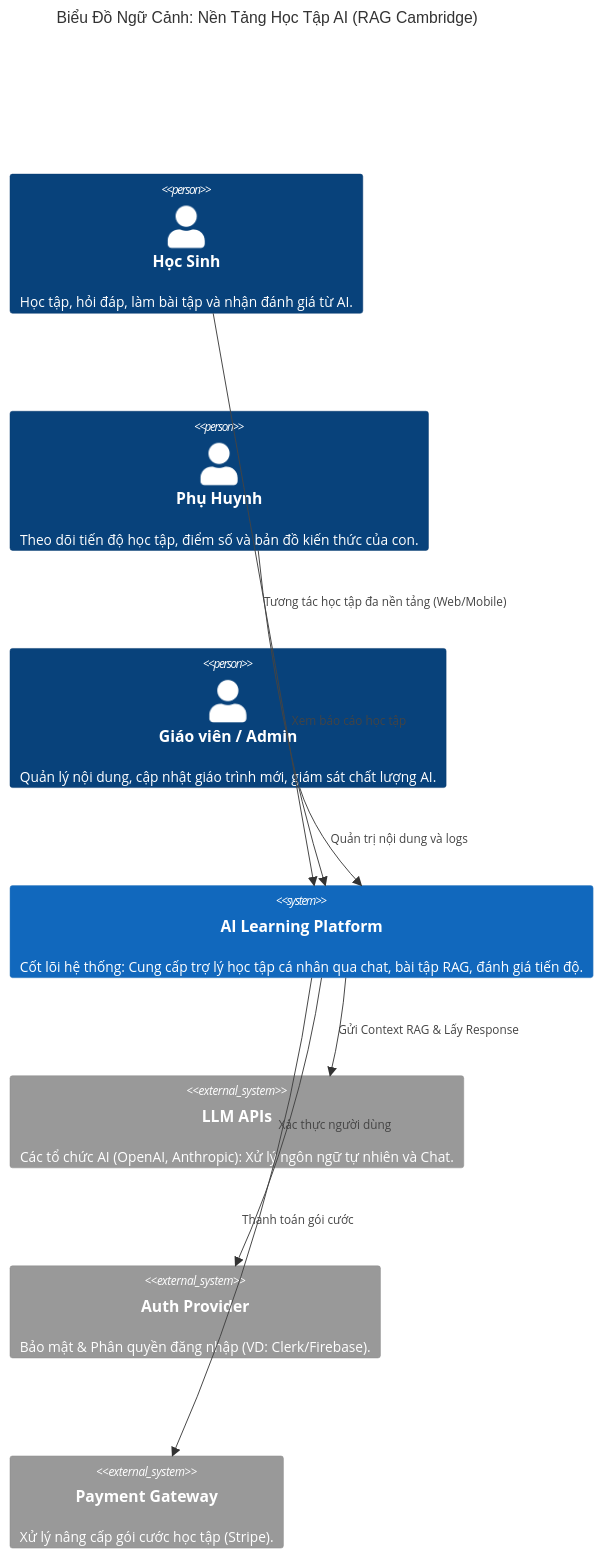
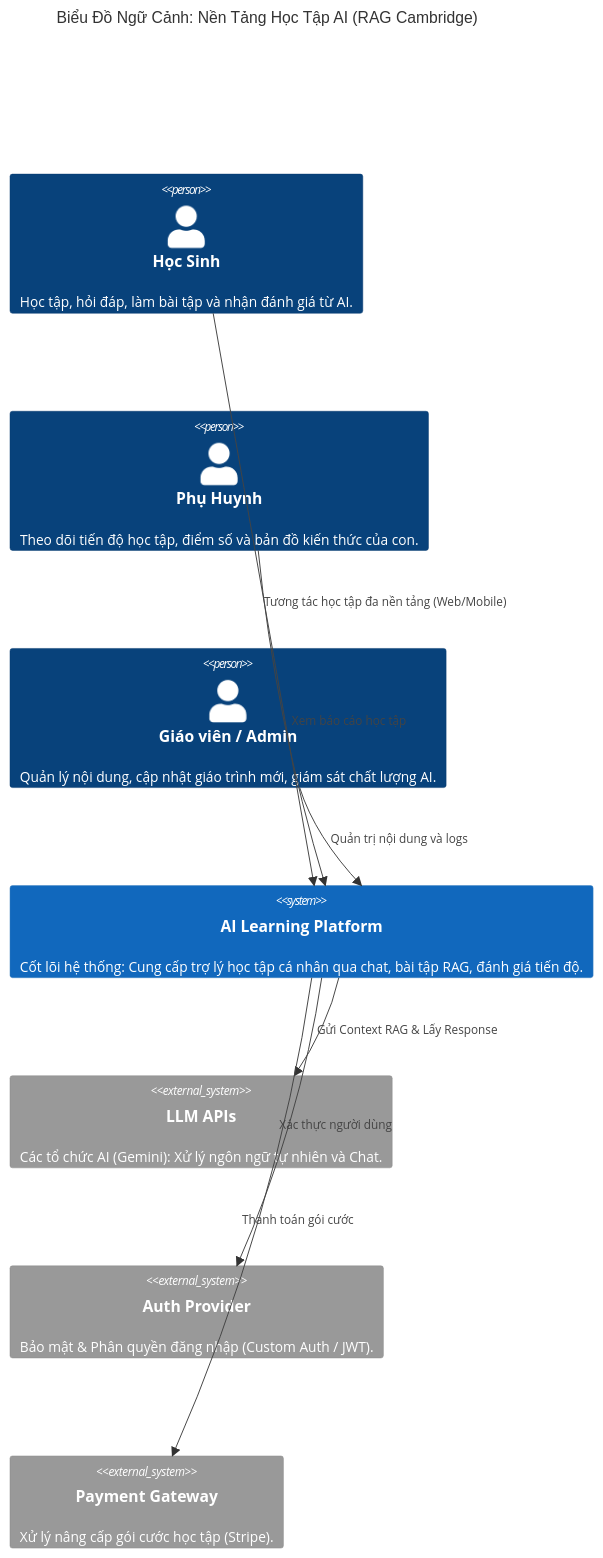
Before and after one commit to ngocvietcode/linhiq: the first of 2 diagrams in docs/ai_learning_platform/ai_learning_architecture.md, drawn with Mermaid. The commit also changed other lines of this file and 64 other files, not shown here.

````diff
--- a/docs/ai_learning_platform/ai_learning_architecture.md
+++ b/docs/ai_learning_platform/ai_learning_architecture.md
@@ -10,26 +10,26 @@
 ```mermaid
 C4Context
     title Biểu Đồ Ngữ Cảnh: Nền Tảng Học Tập AI (RAG Cambridge)
 
     %% Actors
     Person(student, "Học Sinh", "Học tập, hỏi đáp, làm bài tập và nhận đánh giá từ AI.")
     Person(parent, "Phụ Huynh", "Theo dõi tiến độ học tập, điểm số và bản đồ kiến thức của con.")
     Person(admin, "Giáo viên / Admin", "Quản lý nội dung, cập nhật giáo trình mới, giám sát chất lượng AI.")
 
     %% System under design
     System(aiPlatform, "AI Learning Platform", "Cốt lõi hệ thống: Cung cấp trợ lý học tập cá nhân qua chat, bài tập RAG, đánh giá tiến độ.")
 
     %% External Systems
-    System_Ext(llmProvider, "LLM APIs", "Các tổ chức AI (OpenAI, Anthropic): Xử lý ngôn ngữ tự nhiên và Chat.")
-    System_Ext(authProvider, "Auth Provider", "Bảo mật & Phân quyền đăng nhập (VD: Clerk/Firebase).")
+    System_Ext(llmProvider, "LLM APIs", "Các tổ chức AI (Gemini): Xử lý ngôn ngữ tự nhiên và Chat.")
+    System_Ext(authProvider, "Auth Provider", "Bảo mật & Phân quyền đăng nhập (Custom Auth / JWT).")
     System_Ext(billingSystem, "Payment Gateway", "Xử lý nâng cấp gói cước học tập (Stripe).")
 
     %% Relationships
     Rel(student, aiPlatform, "Tương tác học tập đa nền tảng (Web/Mobile)")
     Rel(parent, aiPlatform, "Xem báo cáo học tập")
     Rel(admin, aiPlatform, "Quản trị nội dung và logs")
     
     Rel(aiPlatform, llmProvider, "Gửi Context RAG & Lấy Response")
     Rel(aiPlatform, authProvider, "Xác thực người dùng")
     Rel(aiPlatform, billingSystem, "Thanh toán gói cước")
 ```
````
